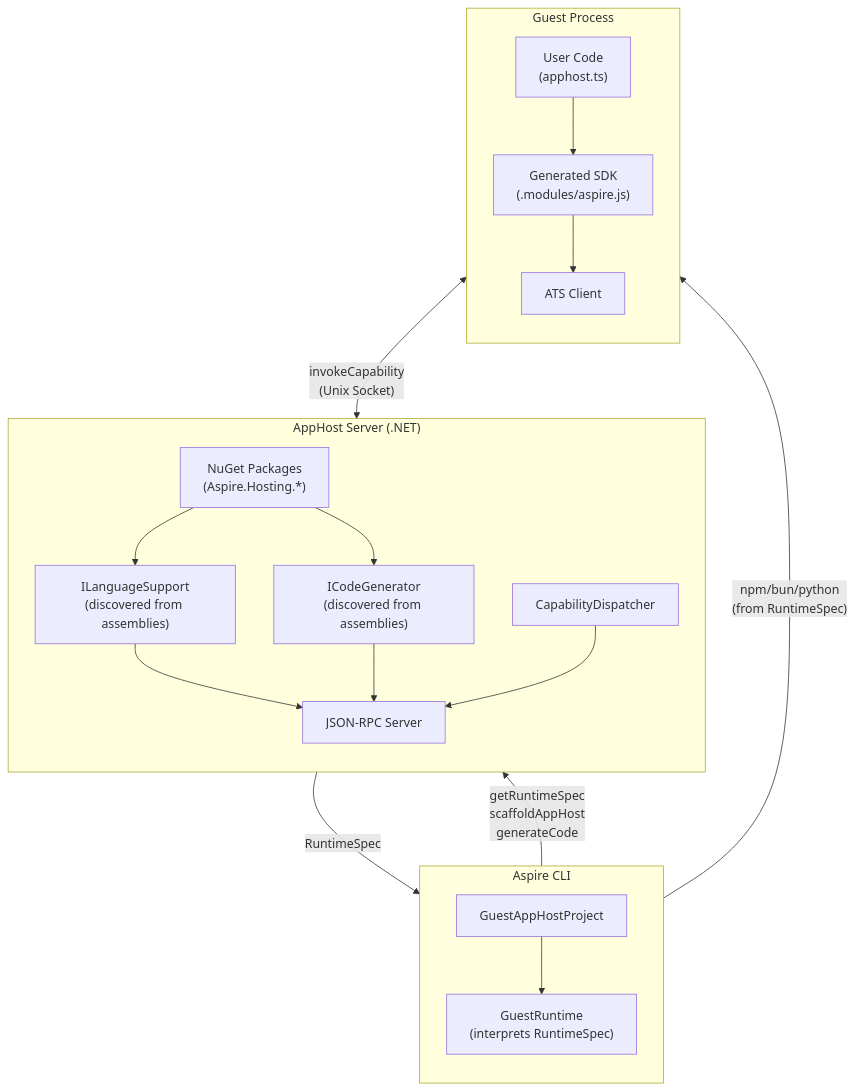
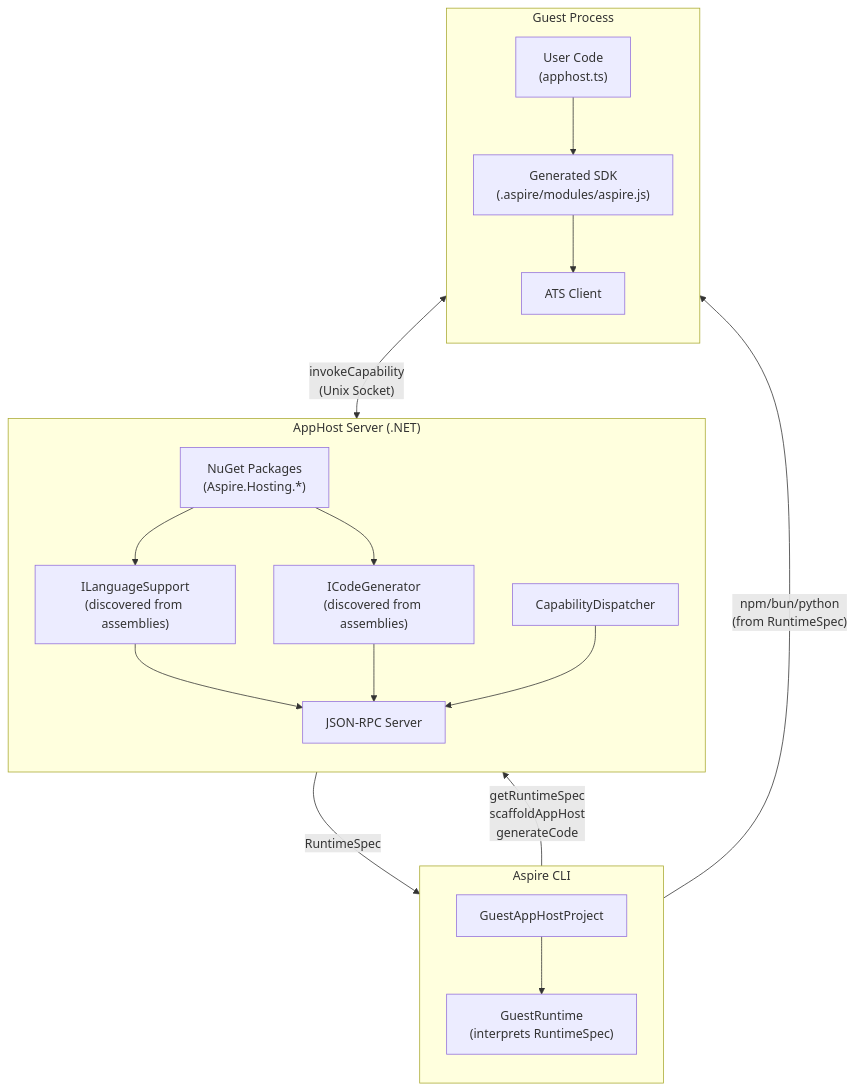
One commit to tooniez/aspire changed the fourth of 7 diagrams in docs/specs/polyglot-apphost.md. Above: the diagram before and after it, drawn with Mermaid. The commit also changed other lines of this file and 320 other files, not shown here.

First line of the commit message:
Consolidate generated polyglot modules under .aspire (#17145)

````diff
--- a/docs/specs/polyglot-apphost.md
+++ b/docs/specs/polyglot-apphost.md
@@ -216,37 +216,37 @@
 ```mermaid
 flowchart TB
     subgraph CLI["Aspire CLI"]
         direction TB
         GuestProject["GuestAppHostProject"]
         GuestRuntime["GuestRuntime<br/>(interprets RuntimeSpec)"]
         GuestProject --> GuestRuntime
     end
 
     subgraph Server["AppHost Server (.NET)"]
         direction TB
         Packages["NuGet Packages<br/>(Aspire.Hosting.*)"]
         LanguageSupport["ILanguageSupport<br/>(discovered from assemblies)"]
         CodeGen["ICodeGenerator<br/>(discovered from assemblies)"]
         Dispatcher["CapabilityDispatcher"]
         RPC["JSON-RPC Server"]
 
         Packages --> LanguageSupport
         Packages --> CodeGen
         LanguageSupport --> RPC
         CodeGen --> RPC
         Dispatcher --> RPC
     end
 
     subgraph Guest["Guest Process"]
         direction TB
         UserCode["User Code<br/>(apphost.ts)"]
-        SDK["Generated SDK<br/>(.modules/aspire.js)"]
+        SDK["Generated SDK<br/>(.aspire/modules/aspire.js)"]
         ATSClient["ATS Client"]
         UserCode --> SDK --> ATSClient
     end
 
     CLI -->|"getRuntimeSpec<br/>scaffoldAppHost<br/>generateCode"| RPC
     RPC -->|"RuntimeSpec"| GuestRuntime
     GuestRuntime -->|"npm/bun/python<br/>(from RuntimeSpec)"| Guest
     ATSClient <-->|"invokeCapability<br/>(Unix Socket)"| RPC
 ```
````
